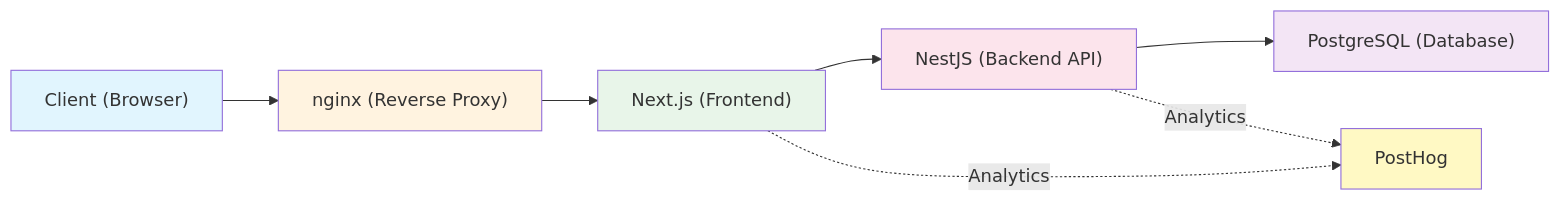
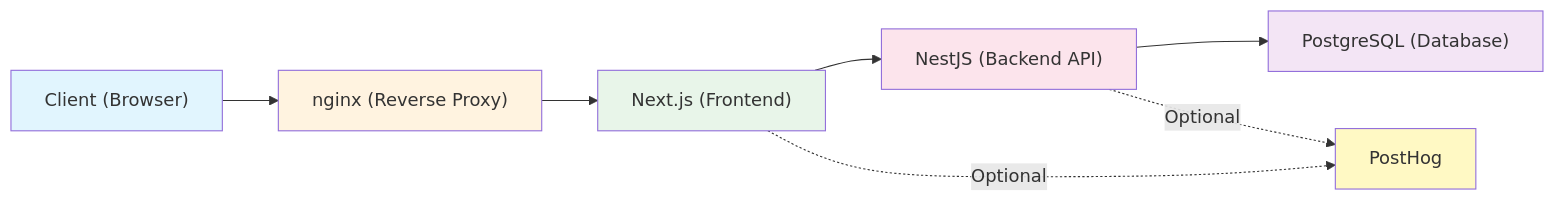
One commit to Labs-de-Games/guardiao-da-cultura changed the diagram in README.md. Above: the diagram before and after it, drawn with Mermaid. The commit also changed other lines of this file and 4 other files, not shown here.

````diff
--- a/README.md
+++ b/README.md
@@ -156,16 +203,16 @@
 ```mermaid
 flowchart LR
     Client["Client (Browser)"] --> nginx["nginx (Reverse Proxy)"]
     nginx --> Front["Next.js (Frontend)"]
     Front --> Back["NestJS (Backend API)"]
     Back --> DB["PostgreSQL (Database)"]
-    Front -.->|"Analytics"| PostHog["PostHog"]
-    Back -.->|"Analytics"| PostHog
+    Front -.->|"Optional"| PostHog["PostHog"]
+    Back -.->|"Optional"| PostHog
 
     style Client fill:#e1f5fe
     style nginx fill:#fff3e0
     style Front fill:#e8f5e9
     style Back fill:#fce4ec
     style DB fill:#f3e5f5
     style PostHog fill:#fff9c4
 ```
````
